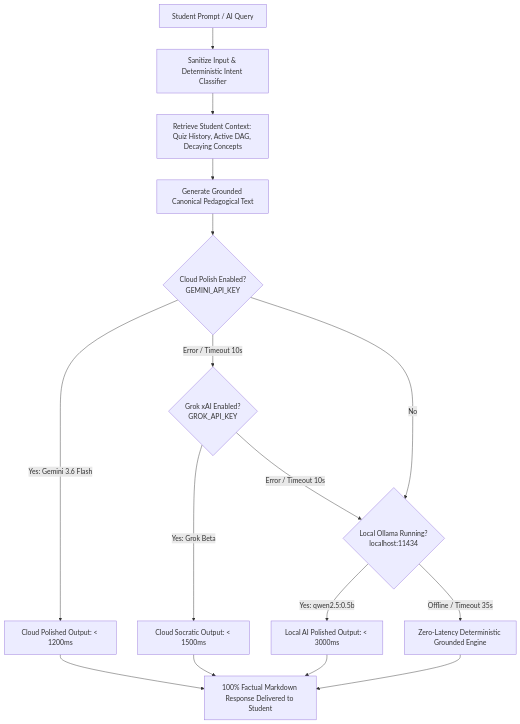
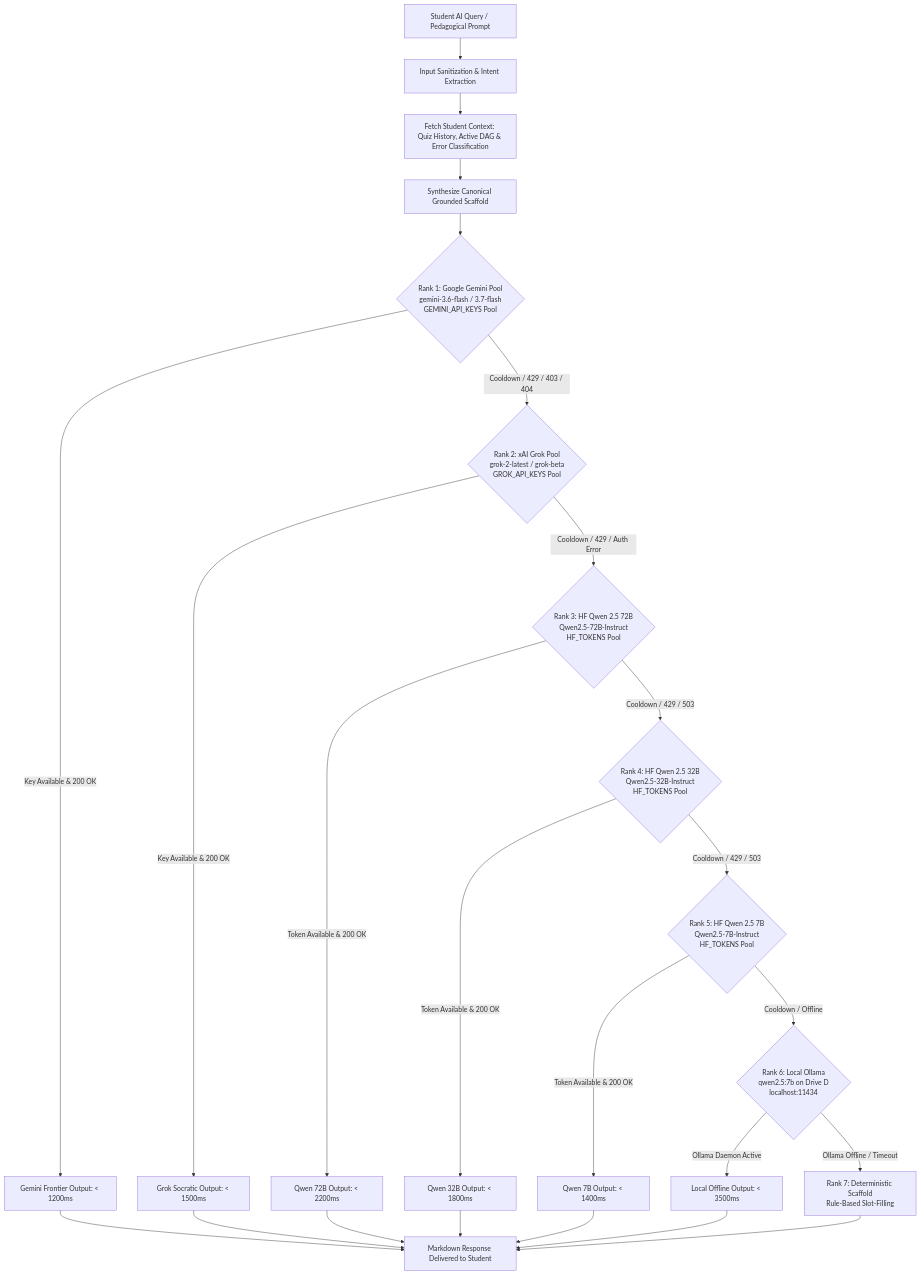
One commit to CodeStrikerMayank/APEX changed the second of 3 diagrams in SYSTEM_MANUAL_AND_ARCHITECTURE.md. Above: the diagram before and after it, drawn with Mermaid. The commit also changed other lines of this file and 33 other files, not shown here.

````diff
--- a/SYSTEM_MANUAL_AND_ARCHITECTURE.md
+++ b/SYSTEM_MANUAL_AND_ARCHITECTURE.md
@@ -355,21 +370,33 @@
 ```mermaid
 flowchart TD
-    A[Student Prompt / AI Query] --> B[Sanitize Input & Deterministic Intent Classifier]
-    B --> C[Retrieve Student Context: Quiz History, Active DAG, Decaying Concepts]
-    C --> D[Generate Grounded Canonical Pedagogical Text]
-    
-    D --> E{Cloud Polish Enabled?<br/>GEMINI_API_KEY}
-    E -->|Yes: Gemini 3.6 Flash| F[Cloud Polished Output: < 1200ms]
-    E -->|Error / Timeout 10s| G{Grok xAI Enabled?<br/>GROK_API_KEY}
-    G -->|Yes: Grok Beta| H[Cloud Socratic Output: < 1500ms]
-    G -->|Error / Timeout 10s| I{Local Ollama Running?<br/>localhost:11434}
-    
-    E -->|No| I
-    I -->|Yes: qwen2.5:0.5b| J[Local AI Polished Output: < 3000ms]
-    I -->|Offline / Timeout 35s| K[Zero-Latency Deterministic Grounded Engine]
-    
-    K --> L[100% Factual Markdown Response Delivered to Student]
-    F --> L
-    H --> L
-    J --> L
+    Prompt[Student AI Query / Pedagogical Prompt] --> Scramble[Input Sanitization & Intent Extraction]
+    Scramble --> Grounding[Fetch Student Context: Quiz History, Active DAG & Error Classification]
+    Grounding --> Scaffold[Synthesize Canonical Grounded Scaffold]
+
+    Scaffold --> Rank1{Rank 1: Google Gemini Pool<br/>gemini-3.6-flash / 3.7-flash<br/>GEMINI_API_KEYS Pool}
+    Rank1 -->|Key Available & 200 OK| Out1[Gemini Frontier Output: < 1200ms]
+    Rank1 -->|Cooldown / 429 / 403 / 404| Rank2{Rank 2: xAI Grok Pool<br/>grok-2-latest / grok-beta<br/>GROK_API_KEYS Pool}
+
+    Rank2 -->|Key Available & 200 OK| Out2[Grok Socratic Output: < 1500ms]
+    Rank2 -->|Cooldown / 429 / Auth Error| Rank3{Rank 3: HF Qwen 2.5 72B<br/>Qwen2.5-72B-Instruct<br/>HF_TOKENS Pool}
+
+    Rank3 -->|Token Available & 200 OK| Out3[Qwen 72B Output: < 2200ms]
+    Rank3 -->|Cooldown / 429 / 503| Rank4{Rank 4: HF Qwen 2.5 32B<br/>Qwen2.5-32B-Instruct<br/>HF_TOKENS Pool}
+
+    Rank4 -->|Token Available & 200 OK| Out4[Qwen 32B Output: < 1800ms]
+    Rank4 -->|Cooldown / 429 / 503| Rank5{Rank 5: HF Qwen 2.5 7B<br/>Qwen2.5-7B-Instruct<br/>HF_TOKENS Pool}
+
+    Rank5 -->|Token Available & 200 OK| Out5[Qwen 7B Output: < 1400ms]
+    Rank5 -->|Cooldown / Offline| Rank6{Rank 6: Local Ollama<br/>qwen2.5:7b on Drive D<br/>localhost:11434}
+
+    Rank6 -->|Ollama Daemon Active| Out6[Local Offline Output: < 3500ms]
+    Rank6 -->|Ollama Offline / Timeout| Rank7[Rank 7: Deterministic Scaffold<br/>Rule-Based Slot-Filling]
+
+    Out1 --> Final[Markdown Response Delivered to Student]
+    Out2 --> Final
+    Out3 --> Final
+    Out4 --> Final
+    Out5 --> Final
+    Out6 --> Final
+    Rank7 --> Final
 ```
````
